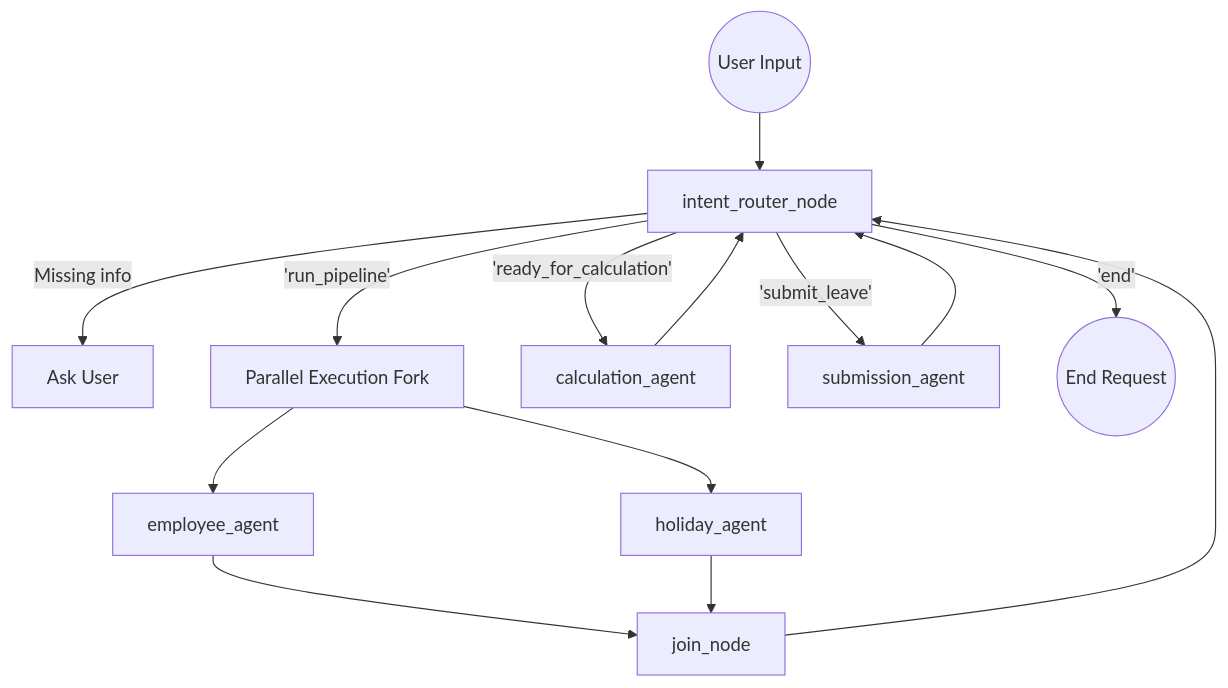
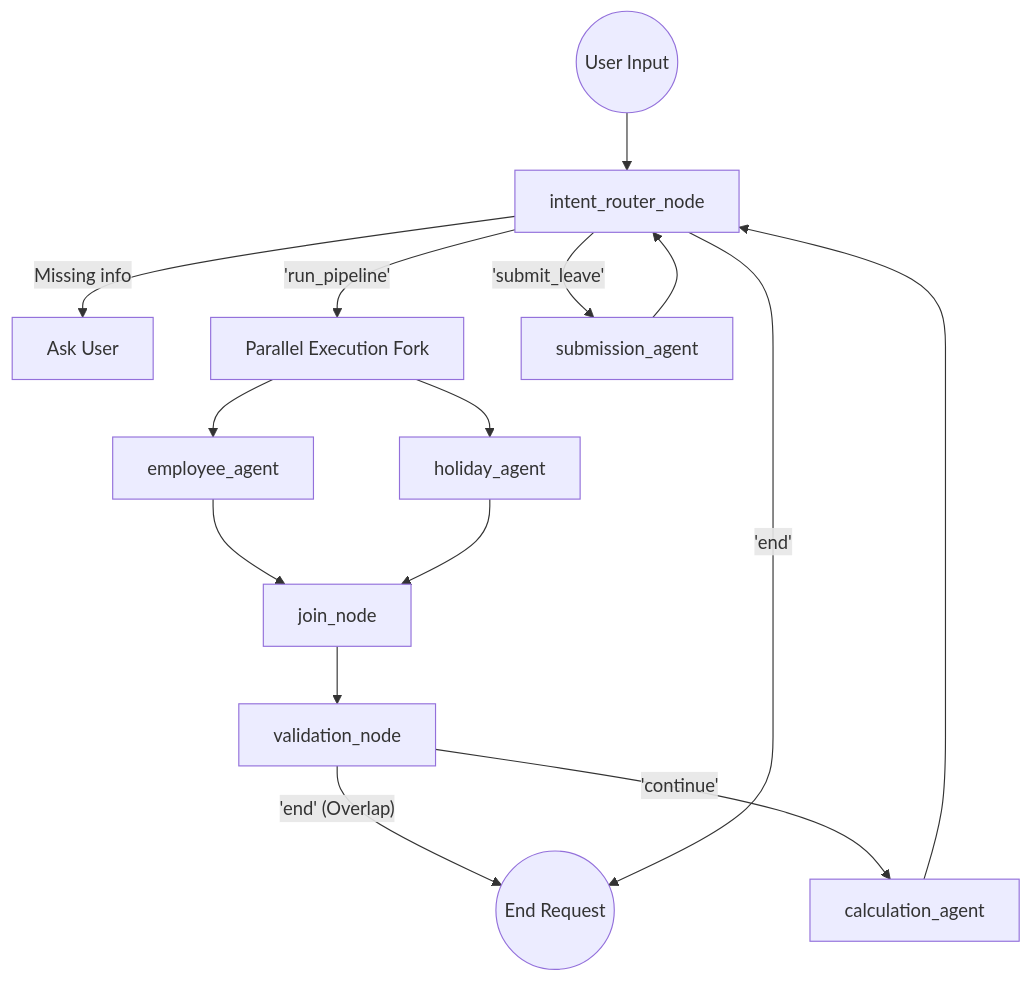
The diagram in smart_leave_agent_documentation.md (havilah-12/SmartLeave), drawn with Mermaid before and after one commit. The commit also changed other lines of this file and 3 other files, not shown here.

````diff
--- a/smart_leave_agent_documentation.md
+++ b/smart_leave_agent_documentation.md
@@ -11,23 +11,24 @@
 ```mermaid
 graph TD
     Start((User Input)) --> IntentRouter[intent_router_node]
     
     IntentRouter -- Missing info --> A[Ask User]
     IntentRouter -- 'run_pipeline' --> B[Parallel Execution Fork]
     
     B --> EmpAgent[employee_agent]
     B --> HolAgent[holiday_agent]
     
     EmpAgent --> Join[join_node]
     HolAgent --> Join
     
-    Join --> IntentRouter
+    Join --> ValNode[validation_node]
+    ValNode -- 'end' (Overlap) --> End
+    ValNode -- 'continue' --> CalcAgent[calculation_agent]
     
-    IntentRouter -- 'ready_for_calculation' --> CalcAgent[calculation_agent]
     CalcAgent --> IntentRouter
     
     IntentRouter -- 'submit_leave' --> SubAgent[submission_agent]
     SubAgent --> IntentRouter
     
     IntentRouter -- 'end' --> End((End Request))
 ```
````
